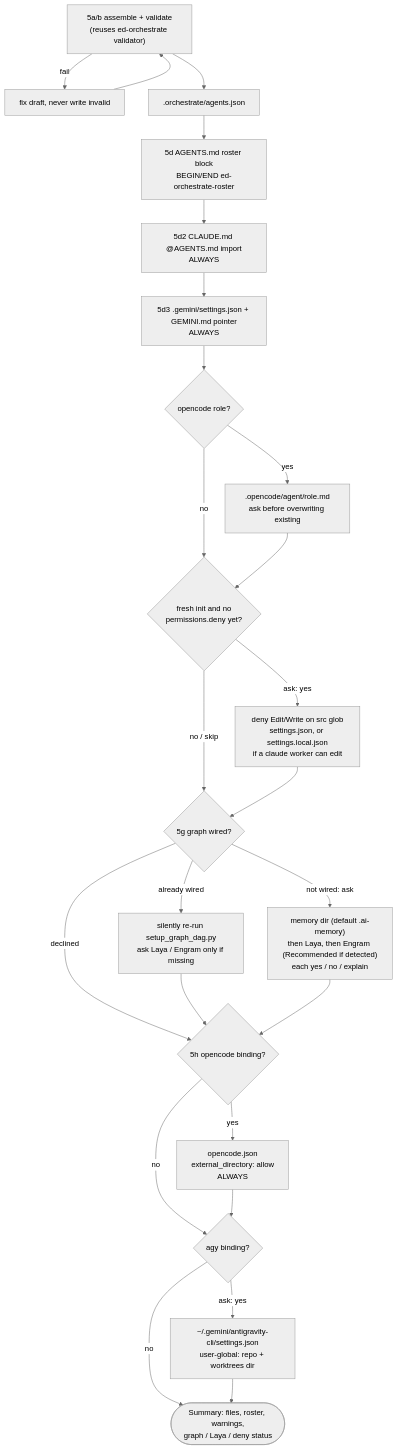
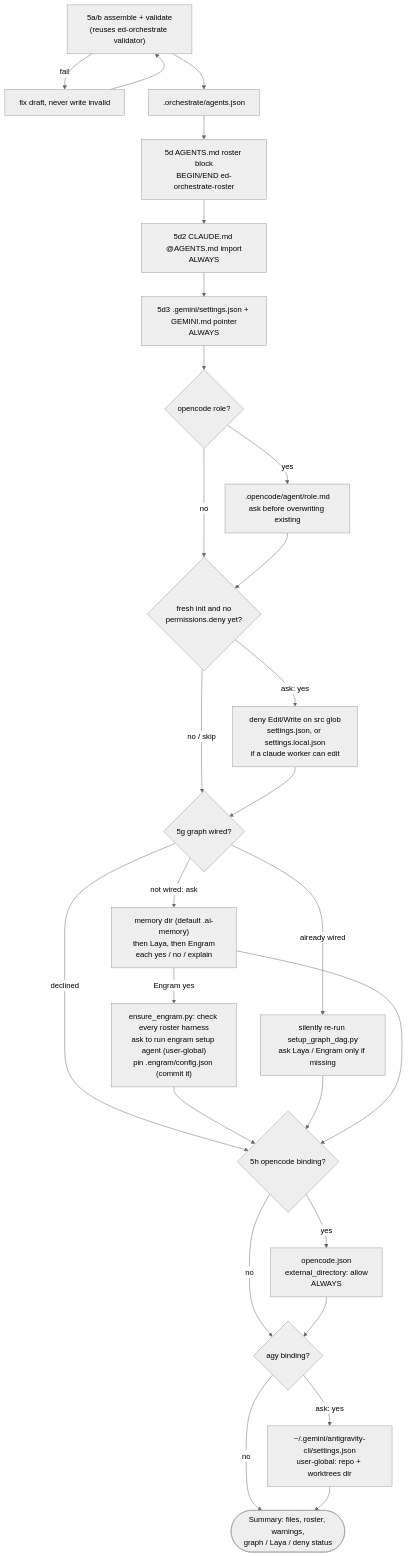
One commit to edmret/ed-orchestrate changed the third of 4 diagrams in skills/ed-orchestrate-init/references/flow-diagrams.md. Above: the diagram before and after it, drawn with Mermaid (neutral theme). The commit also changed 10 other files, not shown here.

First line of the commit message:
feat: Engram for every harness — per-harness install check, project pin, worker rules

````diff
--- a/skills/ed-orchestrate-init/references/flow-diagrams.md
+++ b/skills/ed-orchestrate-init/references/flow-diagrams.md
@@ -56,26 +56,28 @@
 ```mermaid
 flowchart TD
     G0["5a/b assemble + validate<br/>(reuses ed-orchestrate validator)"] -->|fail| FIX["fix draft, never write invalid"] --> G0
     G0 --> W1[".orchestrate/agents.json"]
     W1 --> W2["5d AGENTS.md roster block<br/>BEGIN/END ed-orchestrate-roster"]
     W2 --> W3["5d2 CLAUDE.md @AGENTS.md import<br/>ALWAYS"]
     W3 --> W4["5d3 .gemini/settings.json + GEMINI.md pointer<br/>ALWAYS"]
     W4 --> Q1{"opencode role?"}
     Q1 -->|yes| W5[".opencode/agent/role.md<br/>ask before overwriting existing"]
     Q1 -->|no| Q2
     W5 --> Q2{"fresh init and no<br/>permissions.deny yet?"}
     Q2 -->|"ask: yes"| W6["deny Edit/Write on src glob<br/>settings.json, or settings.local.json<br/>if a claude worker can edit"]
     Q2 -->|"no / skip"| Q3
     W6 --> Q3{"5g graph wired?"}
     Q3 -->|"already wired"| W7["silently re-run setup_graph_dag.py<br/>ask Laya / Engram only if missing"]
-    Q3 -->|"not wired: ask"| W8["memory dir (default .ai-memory)<br/>then Laya, then Engram (Recommended if detected)<br/>each yes / no / explain"]
+    Q3 -->|"not wired: ask"| W8["memory dir (default .ai-memory)<br/>then Laya, then Engram<br/>each yes / no / explain"]
     Q3 -->|"declined"| Q4
+    W8 -->|"Engram yes"| E1["ensure_engram.py: check every roster harness<br/>ask to run engram setup agent (user-global)<br/>pin .engram/config.json (commit it)"]
+    E1 --> Q4
     W7 --> Q4
     W8 --> Q4
     Q4{"5h opencode binding?"} -->|yes| W9["opencode.json<br/>external_directory: allow<br/>ALWAYS"]
     Q4 -->|no| Q5
     W9 --> Q5{"agy binding?"}
     Q5 -->|"ask: yes"| W10["~/.gemini/antigravity-cli/settings.json<br/>user-global: repo + worktrees dir"]
     Q5 -->|no| SUM
     W10 --> SUM(["Summary: files, roster, warnings,<br/>graph / Laya / deny status"])
 ```
````
